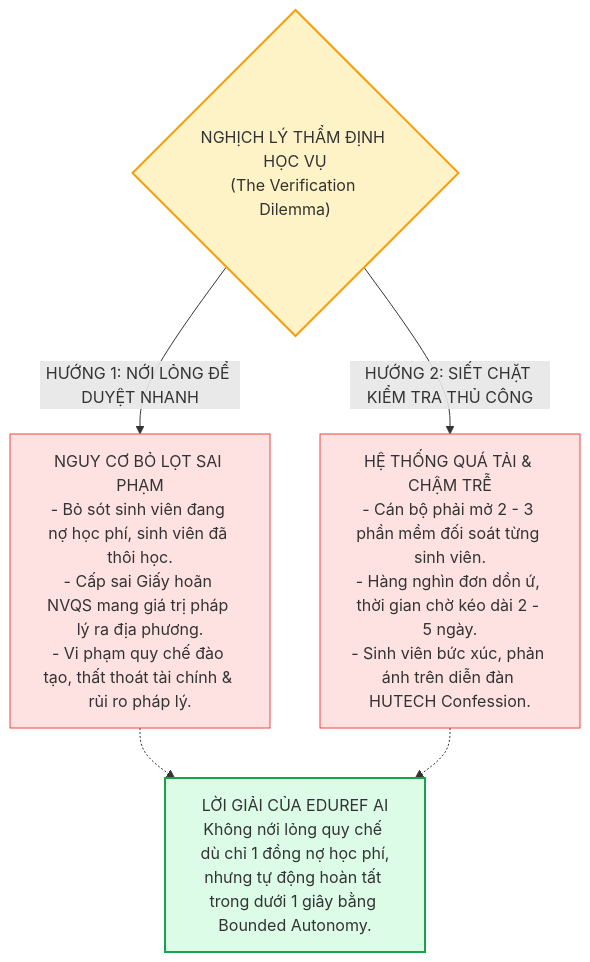
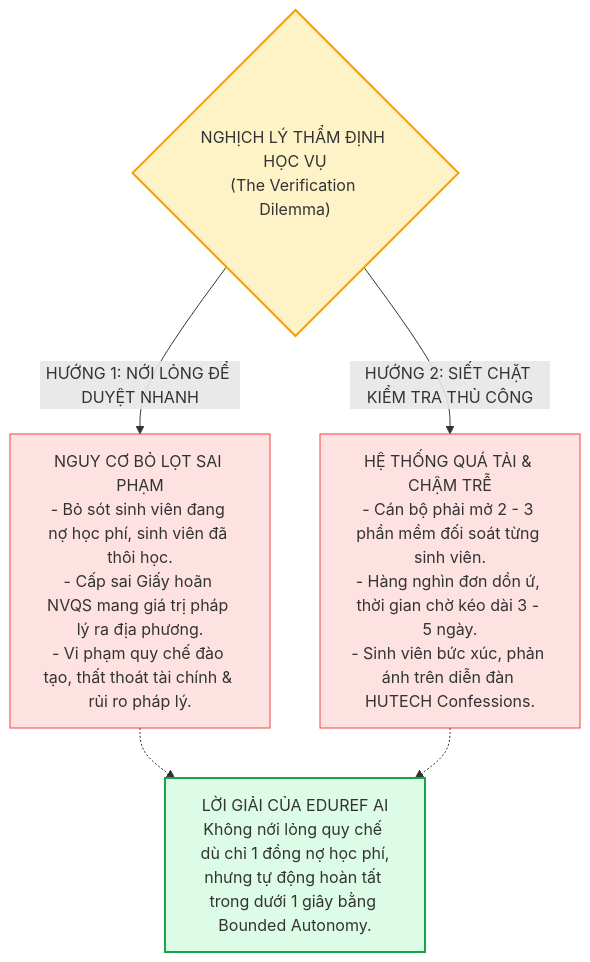
Before and after one commit to HuuNhan-147/EduRef_AI_Agent: the first of 7 diagrams in proposal.md, drawn with Mermaid. The commit also changed other lines of this file and 18 other files, not shown here.

````diff
--- a/proposal.md
+++ b/proposal.md
@@ -38,16 +40,16 @@
 ```mermaid
 flowchart TD
     Dilemma{"NGHỊCH LÝ THẨM ĐỊNH HỌC VỤ<br/>(The Verification Dilemma)"}
     
     Dilemma -->|"HƯỚNG 1: NỚI LỎNG ĐỂ DUYỆT NHANH"| Relax["NGUY CƠ BỎ LỌT SAI PHẠM<br/>- Bỏ sót sinh viên đang nợ học phí, sinh viên đã thôi học.<br/>- Cấp sai Giấy hoãn NVQS mang giá trị pháp lý ra địa phương.<br/>- Vi phạm quy chế đào tạo, thất thoát tài chính & rủi ro pháp lý."]
     
-    Dilemma -->|"HƯỚNG 2: SIẾT CHẶT KIỂM TRA THỦ CÔNG"| Strict["HỆ THỐNG QUÁ TẢI & CHẬM TRỄ<br/>- Cán bộ phải mở 2 - 3 phần mềm đối soát từng sinh viên.<br/>- Hàng nghìn đơn dồn ứ, thời gian chờ kéo dài 2 - 5 ngày.<br/>- Sinh viên bức xúc, phản ánh trên diễn đàn HUTECH Confession."]
+    Dilemma -->|"HƯỚNG 2: SIẾT CHẶT KIỂM TRA THỦ CÔNG"| Strict["HỆ THỐNG QUÁ TẢI & CHẬM TRỄ<br/>- Cán bộ phải mở 2 - 3 phần mềm đối soát từng sinh viên.<br/>- Hàng nghìn đơn dồn ứ, thời gian chờ kéo dài 3 - 5 ngày.<br/>- Sinh viên bức xúc, phản ánh trên diễn đàn HUTECH Confessions."]
     
     Relax -.-> Solution["LỜI GIẢI CỦA EDUREF AI<br/>Không nới lỏng quy chế dù chỉ 1 đồng nợ học phí,<br/>nhưng tự động hoàn tất trong dưới 1 giây bằng Bounded Autonomy."]
     Strict -.-> Solution
     
     style Dilemma fill:#fef3c7,stroke:#f59e0b,stroke-width:2px
     style Relax fill:#fee2e2,stroke:#ef4444,stroke-width:1px
     style Strict fill:#fee2e2,stroke:#ef4444,stroke-width:1px
     style Solution fill:#dcfce7,stroke:#16a34a,stroke-width:2px
 ```
````
